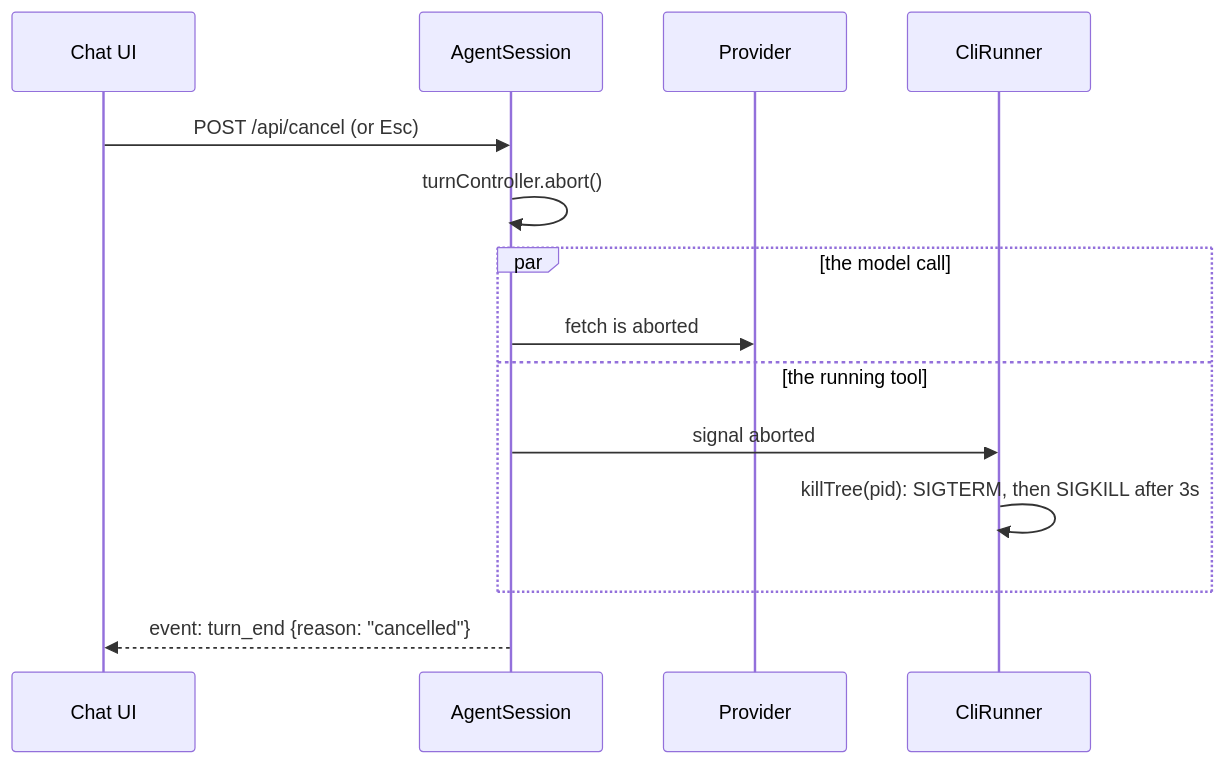
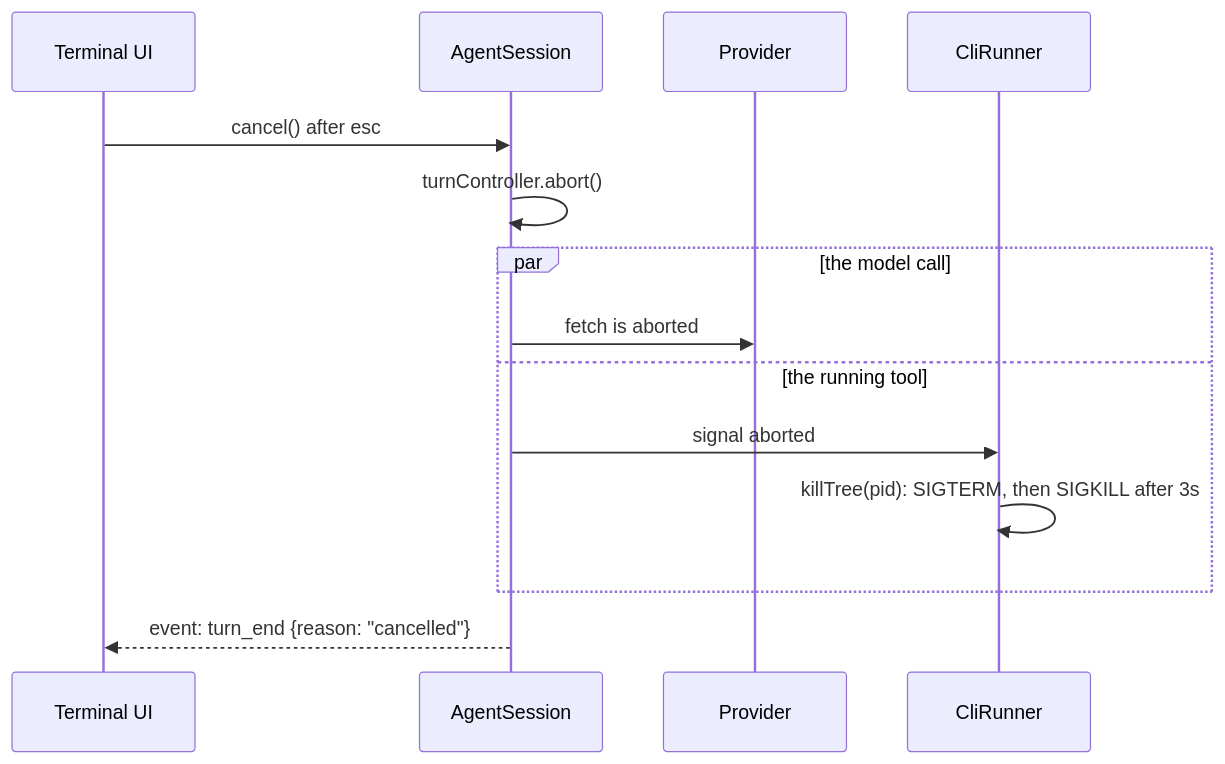
Before and after one commit to Ahmad-Faraj/polyman: the fifth of 6 diagrams in design/agent/01-architecture.md, drawn with Mermaid. The commit also changed other lines of this file and 9 other files, not shown here.

First line of the commit message:
docs: switch the agent chat to a terminal UI

````diff
--- a/design/agent/01-architecture.md
+++ b/design/agent/01-architecture.md
@@ -212,17 +202,17 @@
 ```mermaid
 sequenceDiagram
-  participant U as Chat UI
+  participant U as Terminal UI
   participant A as AgentSession
   participant P as Provider
   participant R as CliRunner
 
-  U->>A: POST /api/cancel (or Esc)
+  U->>A: cancel() after esc
   A->>A: turnController.abort()
   par the model call
     A->>P: fetch is aborted
   and the running tool
     A->>R: signal aborted
     R->>R: killTree(pid): SIGTERM, then SIGKILL after 3s
   end
   A-->>U: event: turn_end {reason: "cancelled"}
 ```
````
